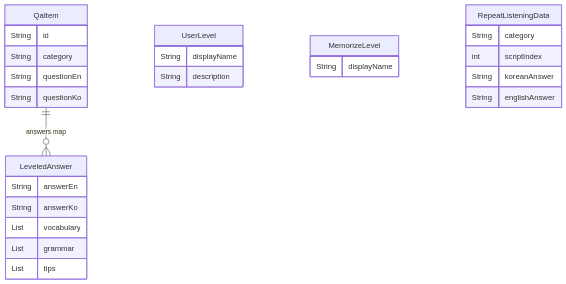
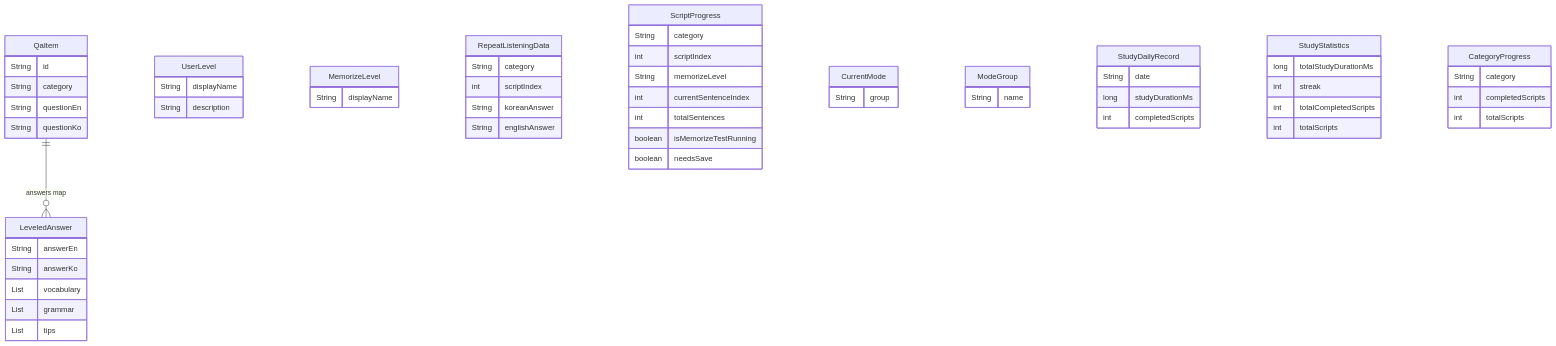
One commit to AlgoLovers/OPIcHelper changed the fourth of 4 diagrams in .claude/architecture/ARCHITECTURE_DOMAIN.md. Above: the diagram before and after it, drawn with Mermaid. The commit also changed other lines of this file and 9 other files, not shown here.

````diff
--- a/.claude/architecture/ARCHITECTURE_DOMAIN.md
+++ b/.claude/architecture/ARCHITECTURE_DOMAIN.md
@@ -165,30 +227,61 @@
 ```mermaid
 erDiagram
     QaItem ||--o{ LeveledAnswer : "answers map"
     QaItem {
         String id
         String category
         String questionEn
         String questionKo
     }
     LeveledAnswer {
         String answerEn
         String answerKo
         List vocabulary
         List grammar
         List tips
     }
     UserLevel {
         String displayName
         String description
     }
     MemorizeLevel {
         String displayName
     }
     RepeatListeningData {
         String category
         int scriptIndex
         String koreanAnswer
         String englishAnswer
     }
+    ScriptProgress {
+        String category
+        int scriptIndex
+        String memorizeLevel
+        int currentSentenceIndex
+        int totalSentences
+        boolean isMemorizeTestRunning
+        boolean needsSave
+    }
+    CurrentMode {
+        String group
+    }
+    ModeGroup {
+        String name
+    }
+    StudyDailyRecord {
+        String date
+        long studyDurationMs
+        int completedScripts
+    }
+    StudyStatistics {
+        long totalStudyDurationMs
+        int streak
+        int totalCompletedScripts
+        int totalScripts
+    }
+    CategoryProgress {
+        String category
+        int completedScripts
+        int totalScripts
+    }
 ```
````
